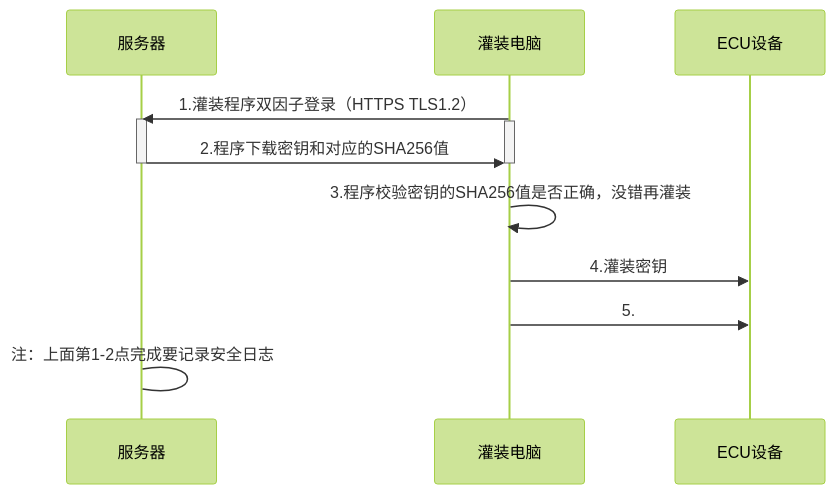
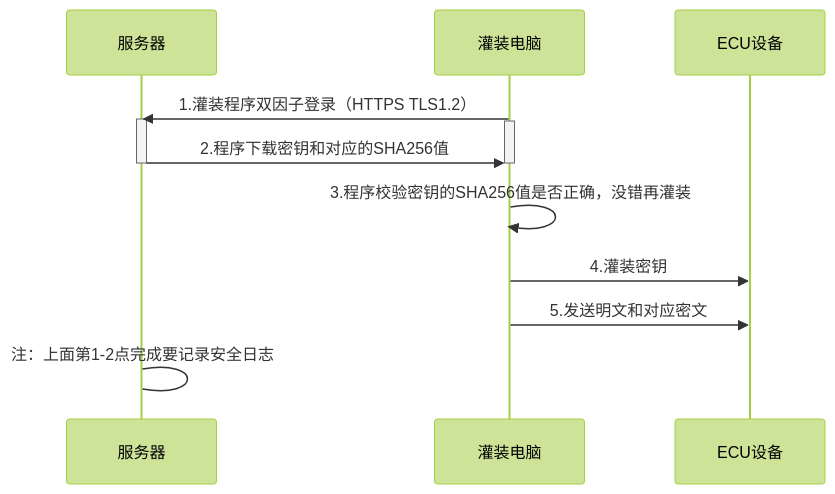
The diagram in all/未命名-25.md (facebook-cloud/iodraw-files), drawn with Mermaid (forest theme) before and after one commit.

Commit message:
2026-04-21 15:17:51 update

````diff
--- a/all/未命名-25.md
+++ b/all/未命名-25.md
@@ -1,22 +1,23 @@
 ```mermaid
 sequenceDiagram
   
     participant B as 服务器
     participant D as 灌装电脑
     participant E as ECU设备
 
     D->>B: 1.灌装程序双因子登录（HTTPS TLS1.2）
     activate B
     activate D
 
     B->>D: 2.程序下载密钥和对应的SHA256值 
 
     deactivate B
     deactivate D
     
     D->>D: 3.程序校验密钥的SHA256值是否正确，没错再灌装
     D->>E: 4.灌装密钥
-    D->>E: 5.
+    D->>E: 5.发送明文和对应密文
+    
 
     B->B: 注：上面第1-2点完成要记录安全日志
 ```
````
